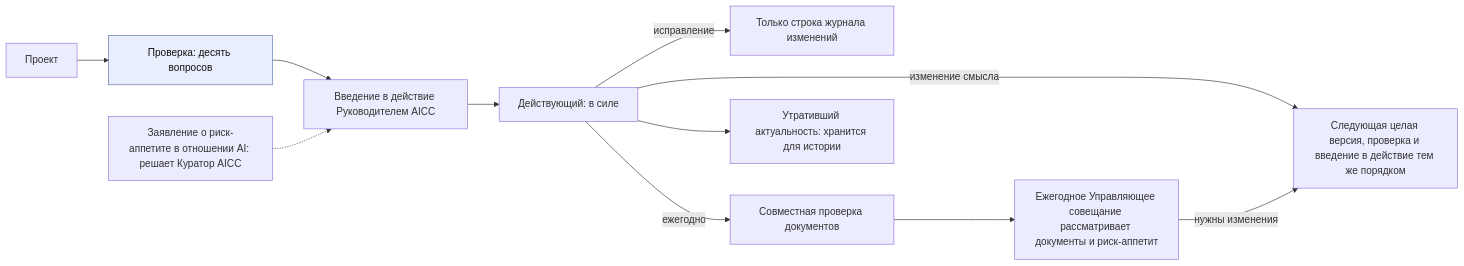
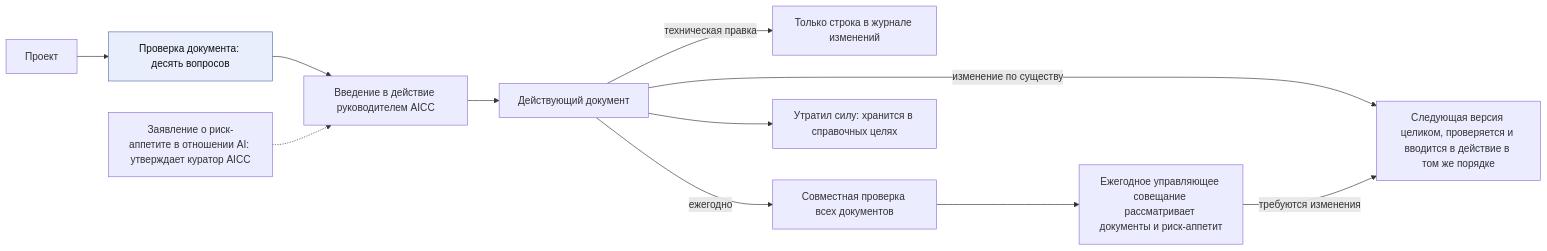
One commit to devhogu/ob-aicc changed the sixth of 6 diagrams in charter/ru/workflows/unit-governance.md. Above: the diagram before and after it, drawn with Mermaid. The commit also changed other lines of this file and 7 other files, not shown here.

````diff
--- a/charter/ru/workflows/unit-governance.md
+++ b/charter/ru/workflows/unit-governance.md
@@ -170,12 +170,12 @@
 ```mermaid
 flowchart LR
-  D["Проект"] --> K["Проверка: десять вопросов"] --> A["Введение в действие Руководителем AICC"] --> V["Действующий: в силе"]
-  AP["Заявление о риск-аппетите в отношении AI: решает Куратор AICC"] -.-> A
-  V -->|"изменение смысла"| N["Следующая целая версия, проверка и введение в действие тем же порядком"]
-  V -->|"исправление"| CL["Только строка журнала изменений"]
-  V -->|"ежегодно"| Y["Совместная проверка документов"] --> YS["Ежегодное Управляющее совещание рассматривает документы и риск-аппетит"]
-  YS -->|"нужны изменения"| N
-  V --> DP["Утративший актуальность: хранится для истории"]
+  D["Проект"] --> K["Проверка документа: десять вопросов"] --> A["Введение в действие руководителем AICC"] --> V["Действующий документ"]
+  AP["Заявление о риск-аппетите в отношении AI: утверждает куратор AICC"] -.-> A
+  V -->|"изменение по существу"| N["Следующая версия целиком, проверяется и вводится в действие в том же порядке"]
+  V -->|"техническая правка"| CL["Только строка в журнале изменений"]
+  V -->|"ежегодно"| Y["Совместная проверка всех документов"] --> YS["Ежегодное управляющее совещание рассматривает документы и риск-аппетит"]
+  YS -->|"требуются изменения"| N
+  V --> DP["Утратил силу: хранится в справочных целях"]
   classDef gate fill:#e8eefc,stroke:#5a6fa8,color:#111
   class K gate
 ```
````
